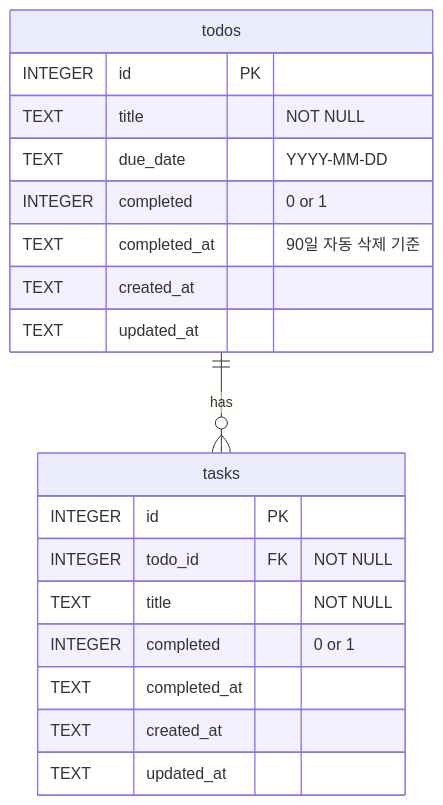
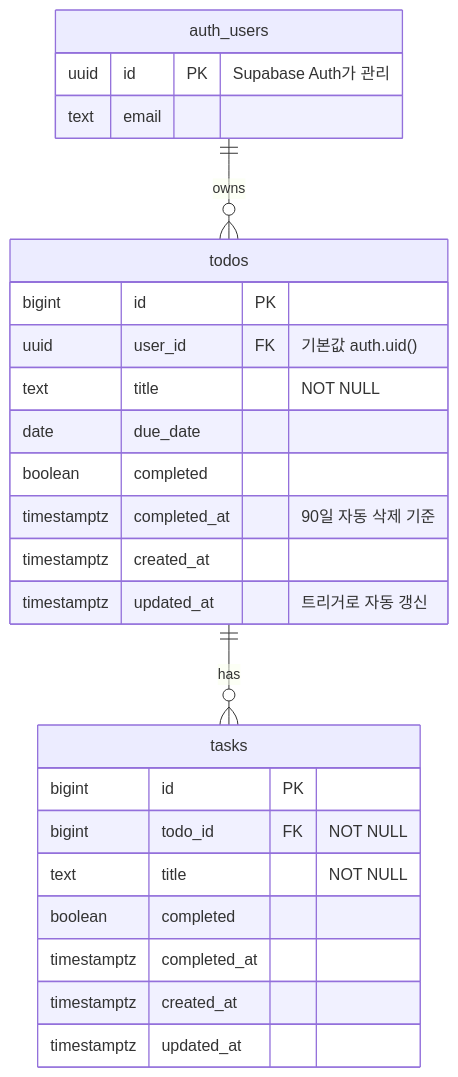
The diagram in docs/database.md (eple-lab/task-hive), drawn with Mermaid before and after one commit. The commit also changed other lines of this file and 15 other files, not shown here.

````diff
--- a/docs/database.md
+++ b/docs/database.md
@@ -10,22 +12,28 @@
 ```mermaid
 erDiagram
+    auth_users ||--o{ todos : "owns"
     todos ||--o{ tasks : "has"
+    auth_users {
+        uuid id PK "Supabase Auth가 관리"
+        text email
+    }
     todos {
-        INTEGER id PK
-        TEXT title "NOT NULL"
-        TEXT due_date "YYYY-MM-DD"
-        INTEGER completed "0 or 1"
-        TEXT completed_at "90일 자동 삭제 기준"
-        TEXT created_at
-        TEXT updated_at
+        bigint id PK
+        uuid user_id FK "기본값 auth.uid()"
+        text title "NOT NULL"
+        date due_date
+        boolean completed
+        timestamptz completed_at "90일 자동 삭제 기준"
+        timestamptz created_at
+        timestamptz updated_at "트리거로 자동 갱신"
     }
     tasks {
-        INTEGER id PK
-        INTEGER todo_id FK "NOT NULL"
-        TEXT title "NOT NULL"
-        INTEGER completed "0 or 1"
-        TEXT completed_at
-        TEXT created_at
-        TEXT updated_at
+        bigint id PK
+        bigint todo_id FK "NOT NULL"
+        text title "NOT NULL"
+        boolean completed
+        timestamptz completed_at
+        timestamptz created_at
+        timestamptz updated_at
     }
 ```
````
